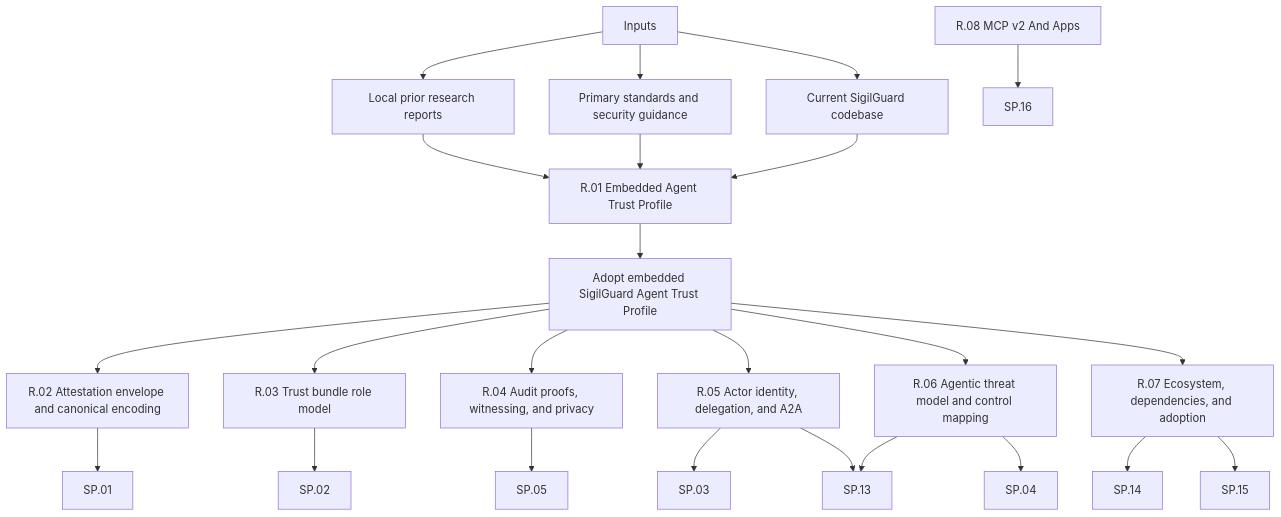
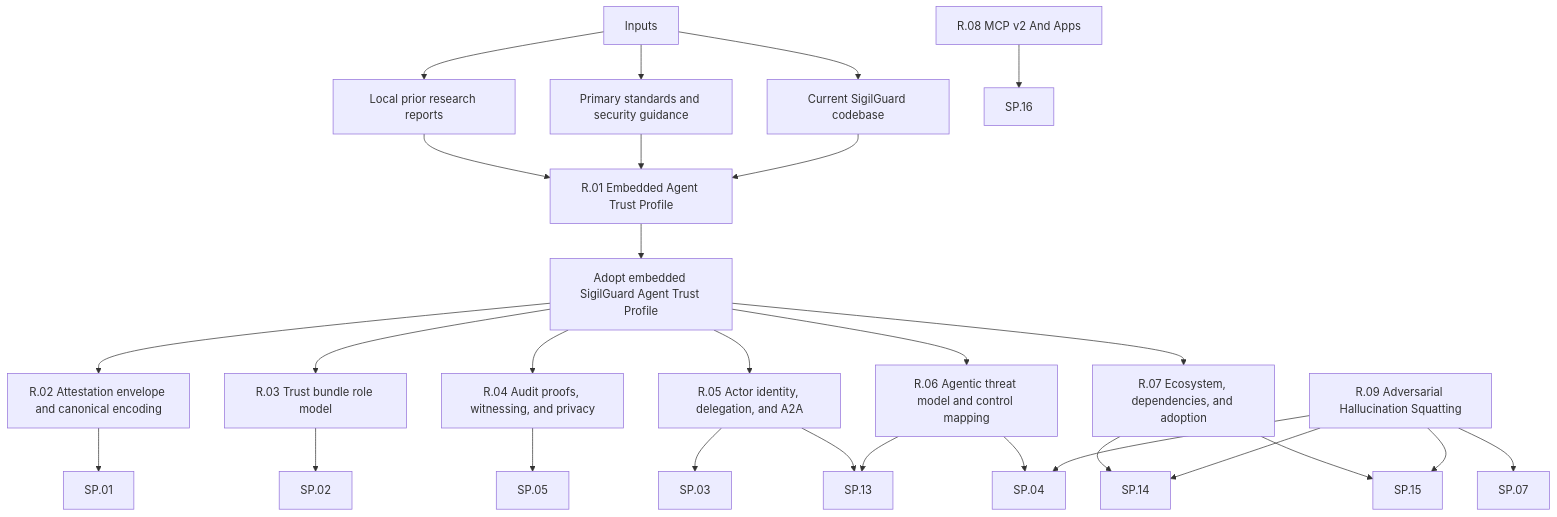
Before and after one commit to futhr/sigil_guard: the diagram in docs/research/README.md, drawn with Mermaid. The commit also changed other lines of this file and 1 other file, not shown here.

Commit message:
docs(security): research hallucination squatting

````diff
--- a/docs/research/README.md
+++ b/docs/research/README.md
@@ -9,32 +9,37 @@
 ```mermaid
 flowchart TD
     Inputs[Inputs]
     Inputs --> Reports[Local prior research reports]
     Inputs --> Standards[Primary standards and security guidance]
     Inputs --> Code[Current SigilGuard codebase]
 
     Reports --> R01[R.01 Embedded Agent Trust Profile]
     Standards --> R01
     Code --> R01
 
     R01 --> Decision[Adopt embedded SigilGuard Agent Trust Profile]
 
     Decision --> R02[R.02 Attestation envelope and canonical encoding]
     Decision --> R03[R.03 Trust bundle role model]
     Decision --> R04[R.04 Audit proofs, witnessing, and privacy]
     Decision --> R05[R.05 Actor identity, delegation, and A2A]
     Decision --> R06[R.06 Agentic threat model and control mapping]
     Decision --> R07[R.07 Ecosystem, dependencies, and adoption]
 
     R02 --> SP01[SP.01]
     R03 --> SP02[SP.02]
     R05 --> SP03[SP.03]
     R06 --> SP04[SP.04]
     R04 --> SP05[SP.05]
     R05 --> SP13[SP.13]
     R06 --> SP13
     R07 --> SP14[SP.14]
     R07 --> SP15[SP.15]
     R08[R.08 MCP v2 And Apps]
     R08 --> SP16[SP.16]
+    R09[R.09 Adversarial Hallucination Squatting]
+    R09 --> SP04
+    R09 --> SP07[SP.07]
+    R09 --> SP14
+    R09 --> SP15
 ```
````
